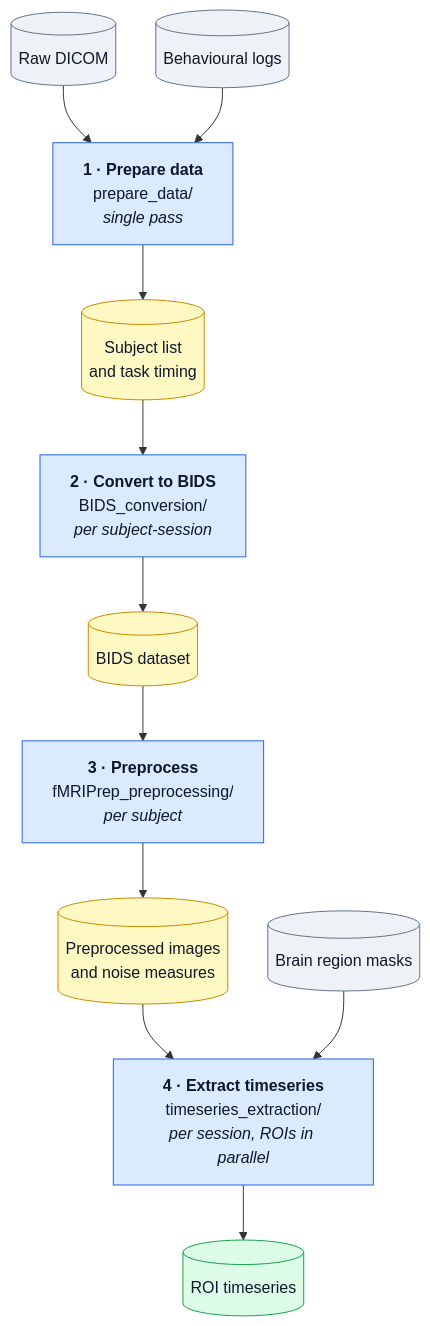
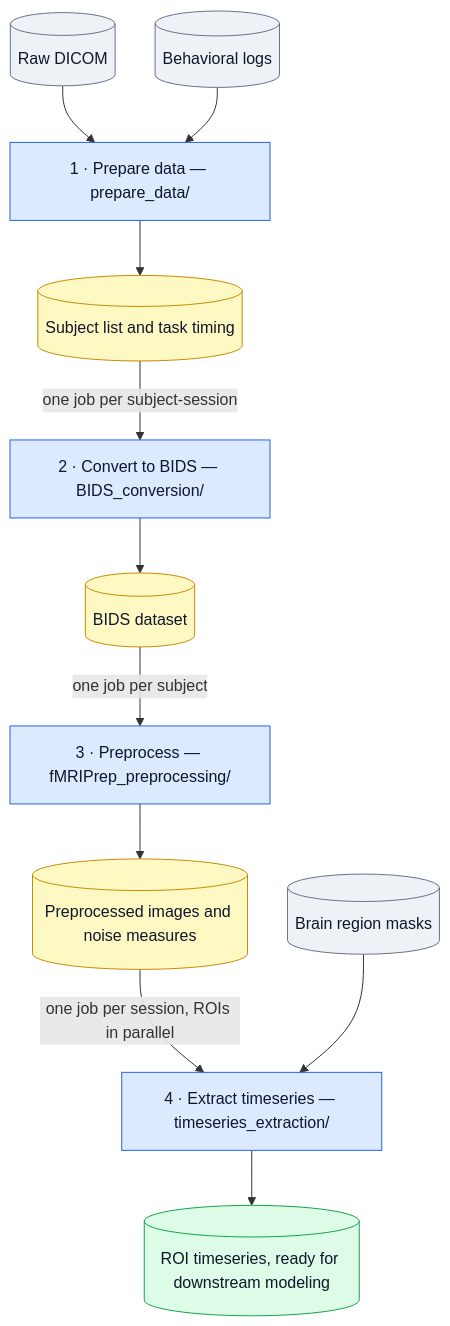
One commit to linjjiang/fMRI_HPC_Pipeline changed the diagram in README.md. Above: the diagram before and after it, drawn with Mermaid. The commit also changed other lines of this file and 4 other files, not shown here.

First line of the commit message:
README: one line per diagram box, no HTML in labels

````diff
--- a/README.md
+++ b/README.md
@@ -28,34 +28,40 @@
 ```mermaid
 %%{init: {"flowchart": {"nodeSpacing": 40, "rankSpacing": 55, "curve": "basis", "useMaxWidth": true}} }%%
 flowchart TD
     RAW[("Raw DICOM")]
-    EP[("Behavioural logs")]
+    EP[("Behavioral logs")]
     ROI[("Brain region masks")]
 
-    S1["<b>1 · Prepare data</b><br/>prepare_data/<br/><i>single pass</i>"]
-    M1[("Subject list<br/>and task timing")]
+    S1["1 · Prepare data — prepare_data/"]
+    M1[("Subject list and task timing")]
 
-    S2["<b>2 · Convert to BIDS</b><br/>BIDS_conversion/<br/><i>per subject-session</i>"]
+    S2["2 · Convert to BIDS — BIDS_conversion/"]
     M2[("BIDS dataset")]
 
-    S3["<b>3 · Preprocess</b><br/>fMRIPrep_preprocessing/<br/><i>per subject</i>"]
-    M3[("Preprocessed images<br/>and noise measures")]
+    S3["3 · Preprocess — fMRIPrep_preprocessing/"]
+    M3[("Preprocessed images and noise measures")]
 
-    S4["<b>4 · Extract timeseries</b><br/>timeseries_extraction/<br/><i>per session, ROIs in parallel</i>"]
-    OUT[("ROI timeseries")]
+    S4["4 · Extract timeseries — timeseries_extraction/"]
+    OUT[("ROI timeseries, ready for downstream modeling")]
 
     RAW --> S1
     EP --> S1
-    S1 --> M1 --> S2 --> M2 --> S3 --> M3 --> S4 --> OUT
+    S1 --> M1
+    M1 -->|one job per subject-session| S2
+    S2 --> M2
+    M2 -->|one job per subject| S3
+    S3 --> M3
+    M3 -->|one job per session, ROIs in parallel| S4
     ROI --> S4
+    S4 --> OUT
 
     classDef src fill:#eef2f7,stroke:#64748b,color:#0f172a
     classDef stage fill:#dbeafe,stroke:#2563eb,color:#0f172a
     classDef mid fill:#fef9c3,stroke:#ca8a04,color:#0f172a
     classDef out fill:#dcfce7,stroke:#16a34a,color:#0f172a
 
     class RAW,EP,ROI src
     class S1,S2,S3,S4 stage
     class M1,M2,M3 mid
     class OUT out
 ```
````
